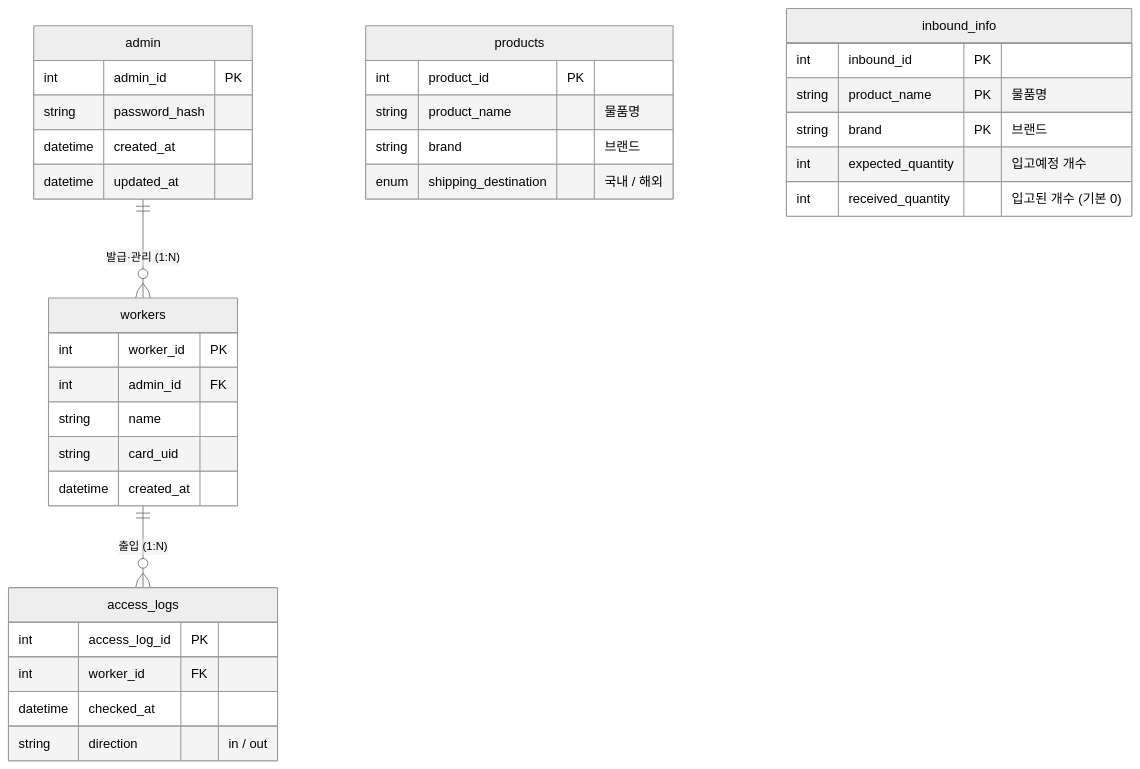
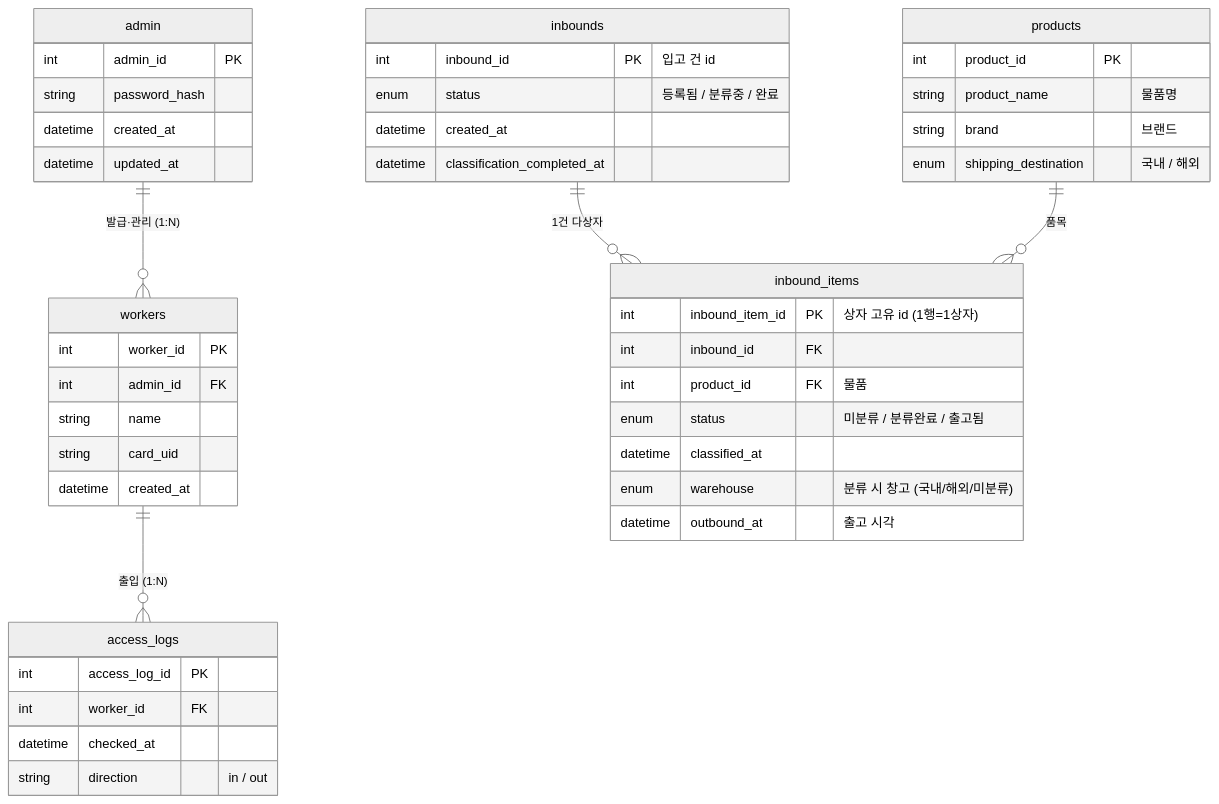
The diagram in docs/er-diagram.md (woolimi/soy-factory), drawn with Mermaid (neutral theme) before and after one commit. The commit also changed other lines of this file and 7 other files, not shown here.

````diff
--- a/docs/er-diagram.md
+++ b/docs/er-diagram.md
@@ -8,42 +17,53 @@
 ```mermaid
 erDiagram
     admin {
         int admin_id PK
         string password_hash
         datetime created_at
         datetime updated_at
     }
 
     workers {
         int worker_id PK
         int admin_id FK
         string name
         string card_uid
         datetime created_at
     }
 
     access_logs {
         int access_log_id PK
         int worker_id FK
         datetime checked_at
         string direction "in / out"
     }
 
     products {
         int product_id PK
         string product_name "물품명"
         string brand "브랜드"
         enum shipping_destination "국내 / 해외"
     }
 
-    inbound_info {
-        int inbound_id PK
-        string product_name PK "물품명"
-        string brand PK "브랜드"
-        int expected_quantity "입고예정 개수"
-        int received_quantity "입고된 개수 (기본 0)"
+    inbound_items {
+        int inbound_item_id PK "상자 고유 id (1행=1상자)"
+        int inbound_id FK
+        int product_id FK "물품"
+        enum status "미분류 / 분류완료 / 출고됨"
+        datetime classified_at
+        enum warehouse "분류 시 창고 (국내/해외/미분류)"
+        datetime outbound_at "출고 시각"
+    }
+
+    inbounds {
+        int inbound_id PK "입고 건 id"
+        enum status "등록됨 / 분류중 / 완료"
+        datetime created_at
+        datetime classification_completed_at
     }
 
     admin ||--o{ workers : "발급·관리 (1:N)"
     workers ||--o{ access_logs : "출입 (1:N)"
+    inbounds ||--o{ inbound_items : "1건 다상자"
+    products ||--o{ inbound_items : "품목"
 ```
````
